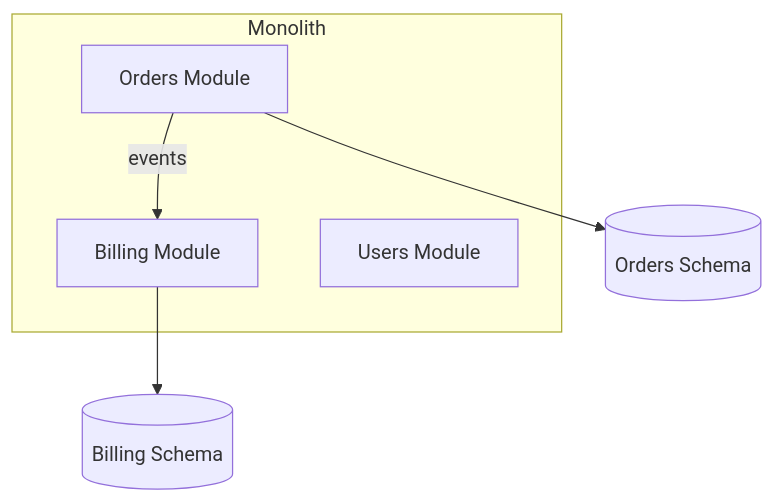
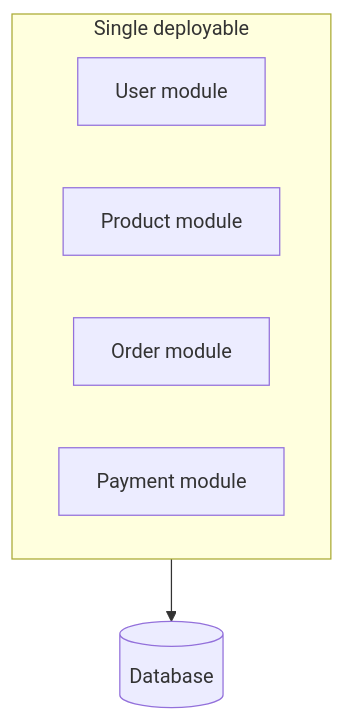
One commit to hareramcse/SystemDesign changed the fourth of 30 diagrams in 08-microservices/README.md. Above: the diagram before and after it, drawn with Mermaid. The commit also changed other lines of this file, not shown here.

````diff
--- a/08-microservices/README.md
+++ b/08-microservices/README.md
@@ -143,11 +216,10 @@
 ```mermaid
 flowchart TB
-    subgraph Monolith
-        M1[Orders Module]
-        M2[Billing Module]
-        M3[Users Module]
+    subgraph App[Single deployable]
+        UM[User module]
+        PM[Product module]
+        OM[Order module]
+        PayM[Payment module]
     end
-    M1 -->|events| M2
-    M1 --> DB1[(Orders Schema)]
-    M2 --> DB2[(Billing Schema)]
+    App --> DB[(Database)]
 ```
````
